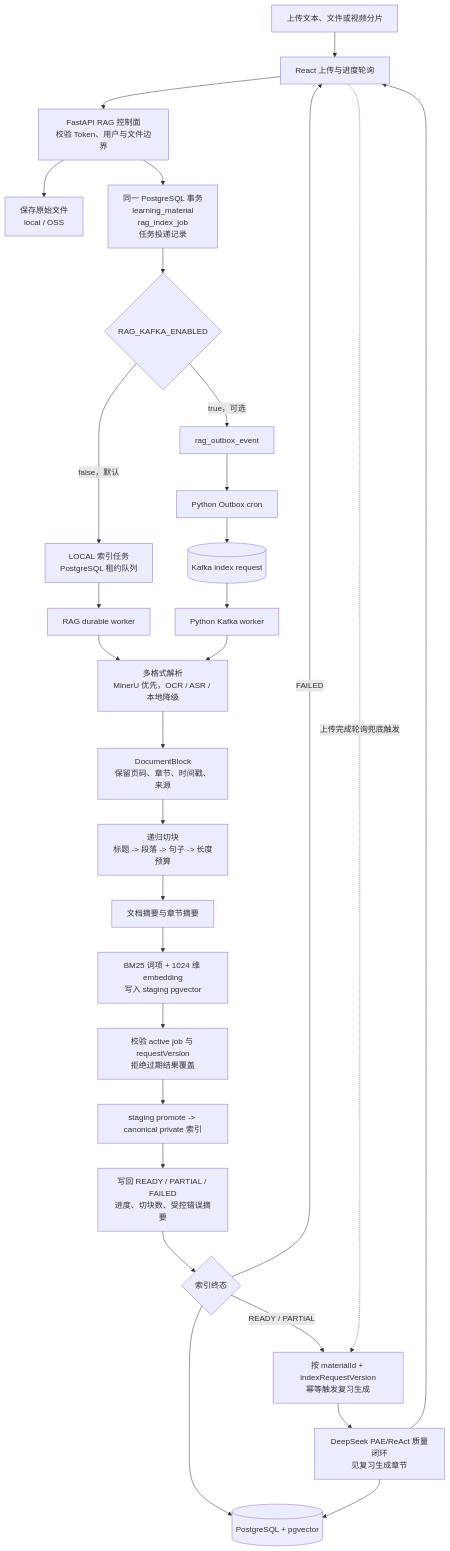
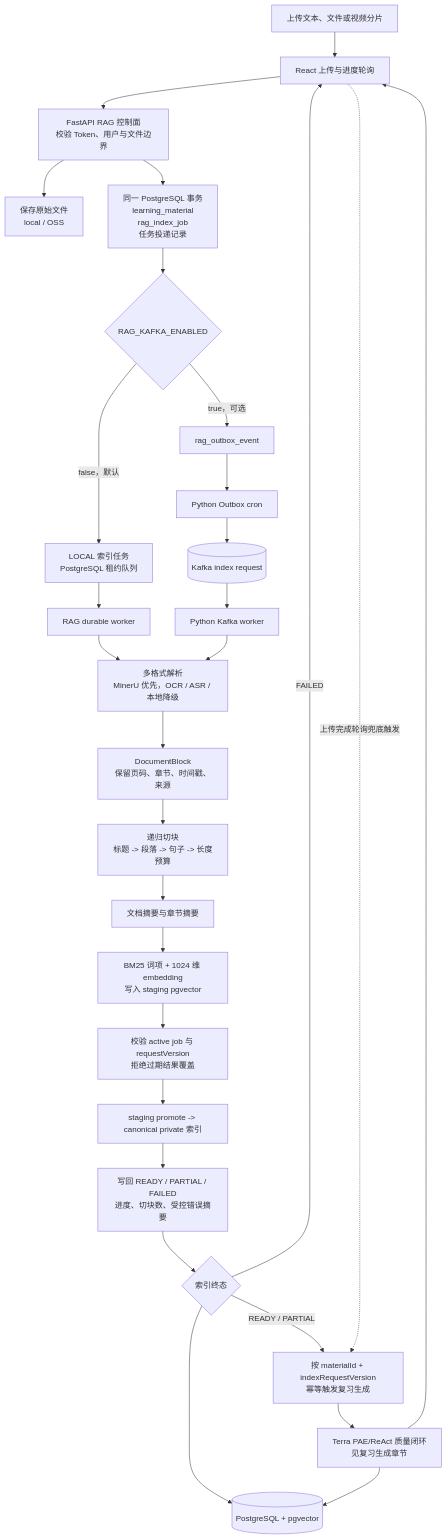
The second of 9 diagrams in README.md (HeWhenJay/Multimodal-RAG-Agent-Learning-Evidence-Platform), drawn with Mermaid before and after one commit. The commit also changed other lines of this file and 72 other files, not shown here.

````diff
--- a/README.md
+++ b/README.md
@@ -101,34 +101,34 @@
 ```mermaid
 flowchart TB
     U["上传文本、文件或视频分片"] --> FE["React 上传与进度轮询"]
     FE --> API["FastAPI RAG 控制面\n校验 Token、用户与文件边界"]
     API --> STORE["保存原始文件\nlocal / OSS"]
     API --> TX["同一 PostgreSQL 事务\nlearning_material\nrag_index_job\n任务投递记录"]
 
     TX --> MODE{"RAG_KAFKA_ENABLED"}
     MODE -->|"false，默认"| LOCAL["LOCAL 索引任务\nPostgreSQL 租约队列"]
     MODE -->|"true，可选"| OUTBOX["rag_outbox_event"]
     OUTBOX --> CRON["Python Outbox cron"]
     CRON --> KAFKA[("Kafka index request")]
 
     LOCAL --> RAGW["RAG durable worker"]
     KAFKA --> KAFKAW["Python Kafka worker"]
     RAGW --> PARSE
     KAFKAW --> PARSE
 
     PARSE["多格式解析\nMinerU 优先，OCR / ASR / 本地降级"] --> BLOCK["DocumentBlock\n保留页码、章节、时间戳、来源"]
     BLOCK --> CHUNK["递归切块\n标题 -> 段落 -> 句子 -> 长度预算"]
     CHUNK --> SUMMARY["文档摘要与章节摘要"]
     SUMMARY --> INDEX["BM25 词项 + 1024 维 embedding\n写入 staging pgvector"]
     INDEX --> CHECK["校验 active job 与 requestVersion\n拒绝过期结果覆盖"]
     CHECK --> PROMOTE["staging promote -> canonical private 索引"]
     PROMOTE --> RESULT["写回 READY / PARTIAL / FAILED\n进度、切块数、受控错误摘要"]
     RESULT --> STATUS{"索引终态"}
     STATUS --> DB[("PostgreSQL + pgvector")]
     STATUS -->|"READY / PARTIAL"| REVIEW_SYNC["按 materialId + indexRequestVersion\n幂等触发复习生成"]
     STATUS -->|"FAILED"| FE
     FE -. "上传完成轮询兜底触发" .-> REVIEW_SYNC
-    REVIEW_SYNC --> REVIEW_FLOW["DeepSeek PAE/ReAct 质量闭环\n见复习生成章节"]
+    REVIEW_SYNC --> REVIEW_FLOW["Terra PAE/ReAct 质量闭环\n见复习生成章节"]
     REVIEW_FLOW --> DB
     REVIEW_FLOW --> FE
 ```
````
